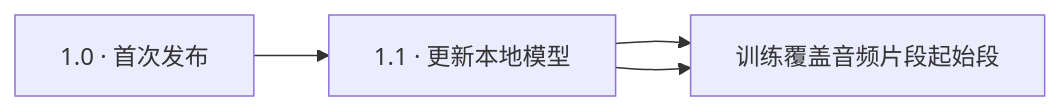
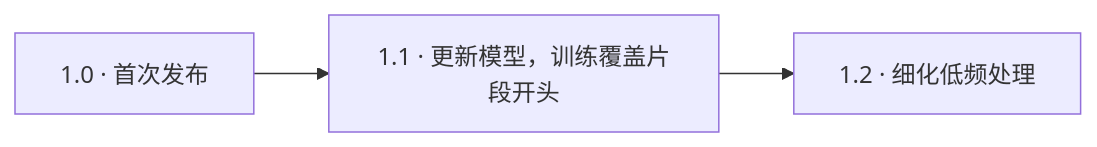
One commit to coopermone/artifact-sweep changed the diagram in README.zh-CN.md. Above: the diagram before and after it, drawn with Mermaid.

Commit message:
Fix the Artifact Sweep 1.2 version diagram

````diff
--- a/README.zh-CN.md
+++ b/README.zh-CN.md
@@ -74,5 +74,4 @@
 ```mermaid
 flowchart LR
-    A["1.0 · 首次发布"] --> B["1.1 · 更新本地模型"] --> C["1.2 · 细化低频处理"]
-    B --> C["训练覆盖音频片段起始段"]
+    V10["1.0 · 首次发布"] --> V11["1.1 · 更新模型，训练覆盖片段开头"] --> V12["1.2 · 细化低频处理"]
 ```
````
